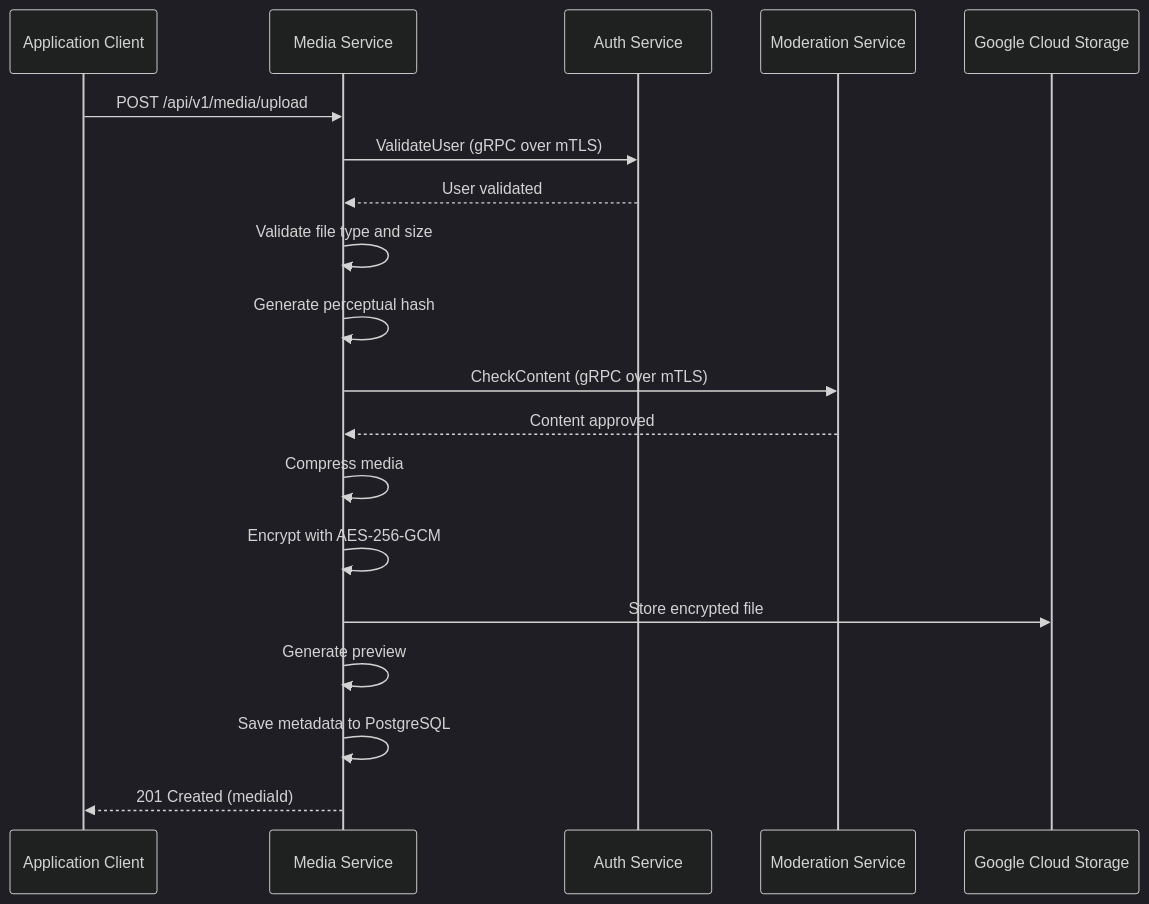
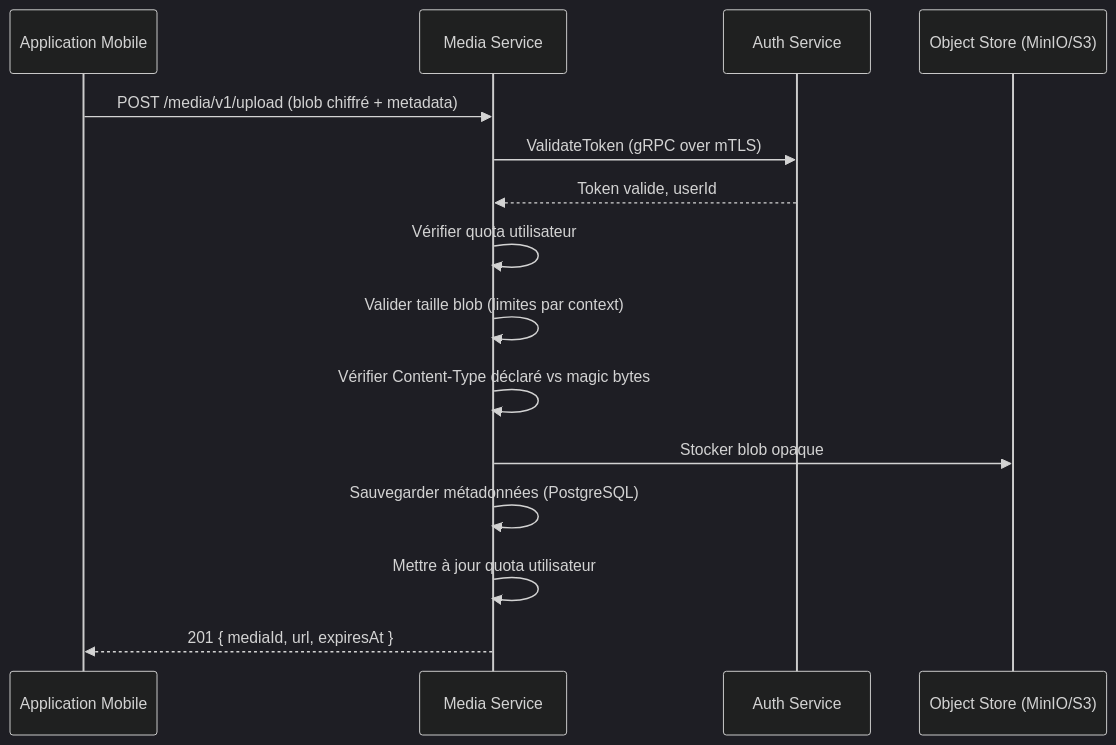
One commit to whispr-messenger/media-service changed the second of 2 diagrams in documentation/1_architecture/1_system_design.md. Above: the diagram before and after it, drawn with Mermaid (dark theme). The commit also changed other lines of this file and 3 other files, not shown here.

First line of the commit message:
docs: rewrite architecture documentation to reflect E2E encryption model

````diff
--- a/documentation/1_architecture/1_system_design.md
+++ b/documentation/1_architecture/1_system_design.md
@@ -269,27 +200,21 @@
 ```mermaid
 sequenceDiagram
-    participant Client as Application Client
+    participant Client as Application Mobile
     participant MediaService as Media Service
     participant AuthService as Auth Service
-    participant ModerationService as Moderation Service
-    participant GCS as Google Cloud Storage
-    
-    Client->>MediaService: POST /api/v1/media/upload
-    MediaService->>AuthService: ValidateUser (gRPC over mTLS)
-    AuthService-->>MediaService: User validated
-    
-    MediaService->>MediaService: Validate file type and size
-    MediaService->>MediaService: Generate perceptual hash
-    
-    MediaService->>ModerationService: CheckContent (gRPC over mTLS)
-    ModerationService-->>MediaService: Content approved
-    
-    MediaService->>MediaService: Compress media
-    MediaService->>MediaService: Encrypt with AES-256-GCM
-    MediaService->>GCS: Store encrypted file
-    
-    MediaService->>MediaService: Generate preview
-    MediaService->>MediaService: Save metadata to PostgreSQL
-    
-    MediaService-->>Client: 201 Created (mediaId)
+    participant S3 as Object Store (MinIO/S3)
+
+    Client->>MediaService: POST /media/v1/upload (blob chiffré + metadata)
+    MediaService->>AuthService: ValidateToken (gRPC over mTLS)
+    AuthService-->>MediaService: Token valide, userId
+
+    MediaService->>MediaService: Vérifier quota utilisateur
+    MediaService->>MediaService: Valider taille blob (limites par context)
+    MediaService->>MediaService: Vérifier Content-Type déclaré vs magic bytes
+
+    MediaService->>S3: Stocker blob opaque
+    MediaService->>MediaService: Sauvegarder métadonnées (PostgreSQL)
+    MediaService->>MediaService: Mettre à jour quota utilisateur
+
+    MediaService-->>Client: 201 { mediaId, url, expiresAt }
 ```
````
